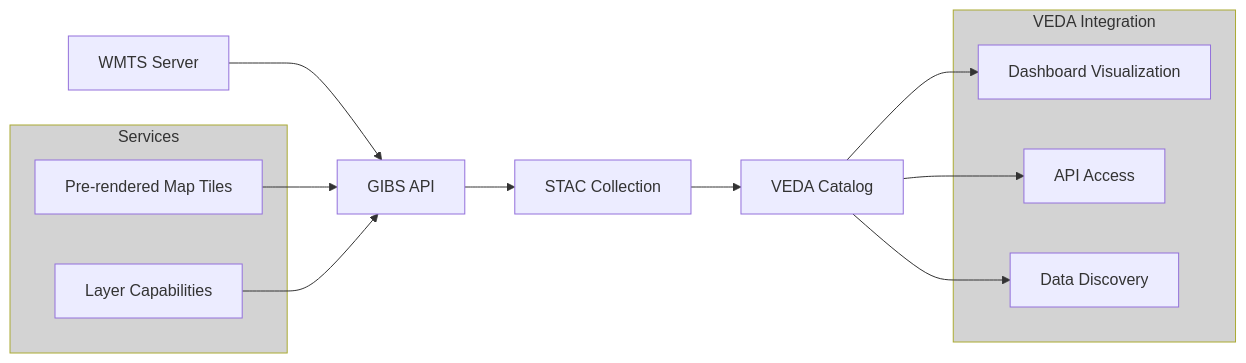
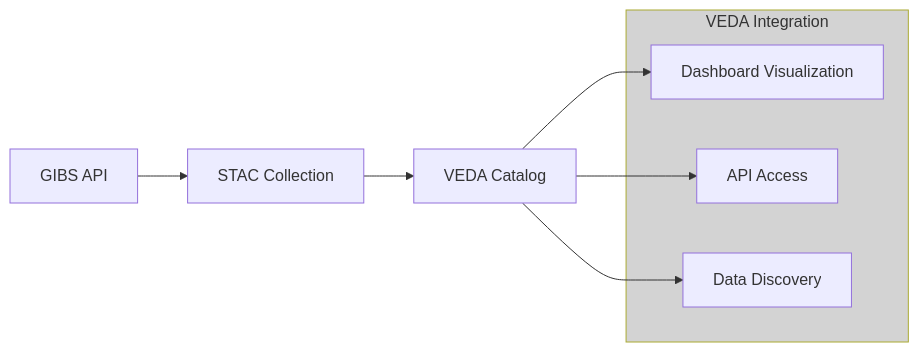
One commit to NASA-IMPACT/veda-docs changed the diagram in user-guide/content-curation/external-collection-indexing/wmts.qmd. Above: the diagram before and after it, drawn with Mermaid. The commit also changed other lines of this file and 2 other files, not shown here.

Commit message:
update to comments

````diff
--- a/user-guide/content-curation/external-collection-indexing/wmts.qmd
+++ b/user-guide/content-curation/external-collection-indexing/wmts.qmd
@@ -21,26 +21,16 @@
 ```{mermaid}
 graph LR
-    A[WMTS Server] --> B[GIBS API]
-    B --> C[STAC Collection]
-    C --> D[VEDA Catalog]
-    
-    subgraph Services [Services]
-        E[Pre-rendered Map Tiles]
-        F[Layer Capabilities] 
-        style Services fill:#D3D3D3
-    end
-    
-    E --> B
-    F --> B
+    A[GIBS API] --> B[STAC Collection]
+    B --> C[VEDA Catalog]
     
     subgraph VedaIntegration [VEDA Integration]
-        H[Dashboard Visualization]
-        I[API Access]
-        J[Data Discovery]
+        D[Dashboard Visualization]
+        E[API Access]
+        F[Data Discovery]
         style VedaIntegration fill:#D3D3D3
     end
     
-    D --> H
-    D --> I
-    D --> J
+    C --> D
+    C --> E
+    C --> F
 ```
````
